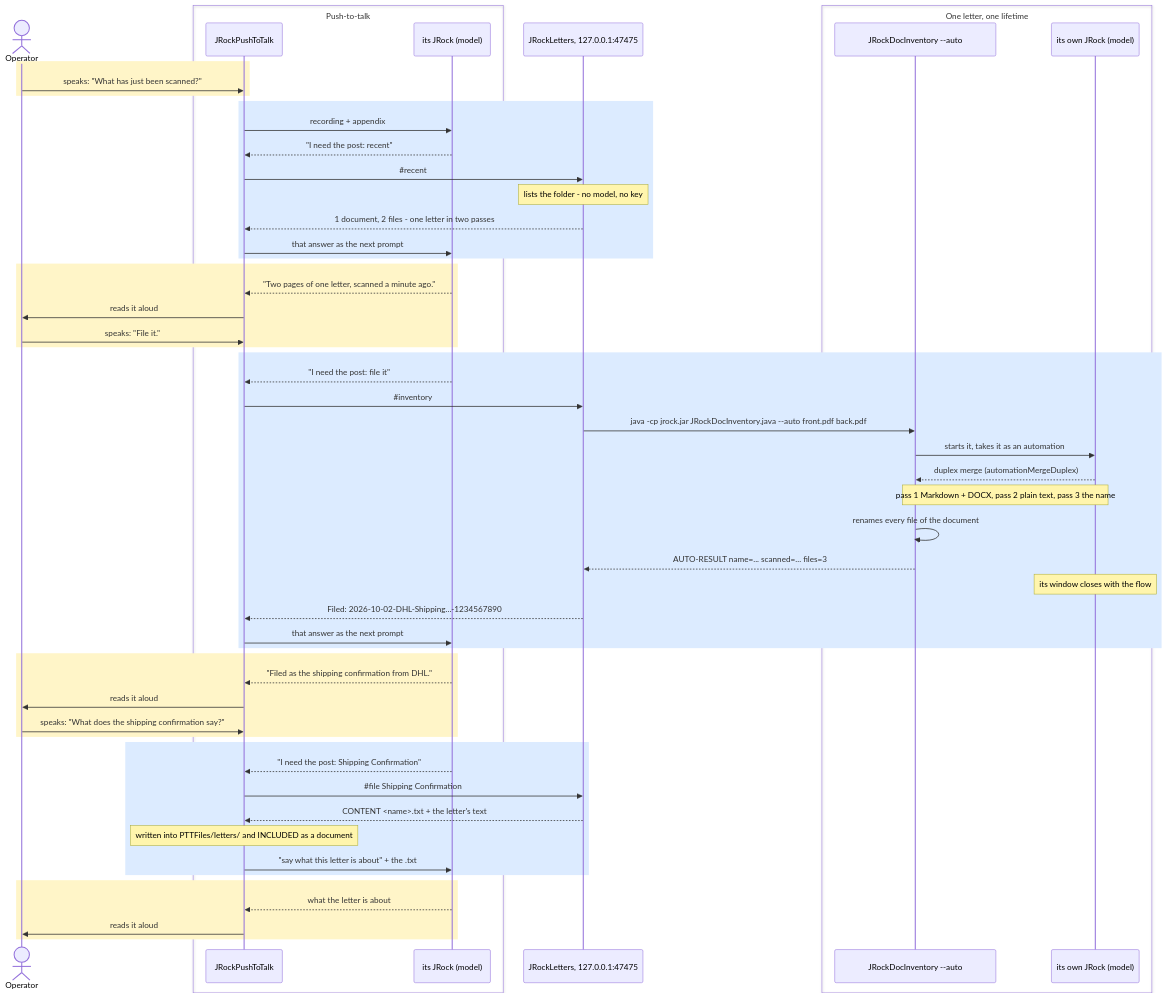
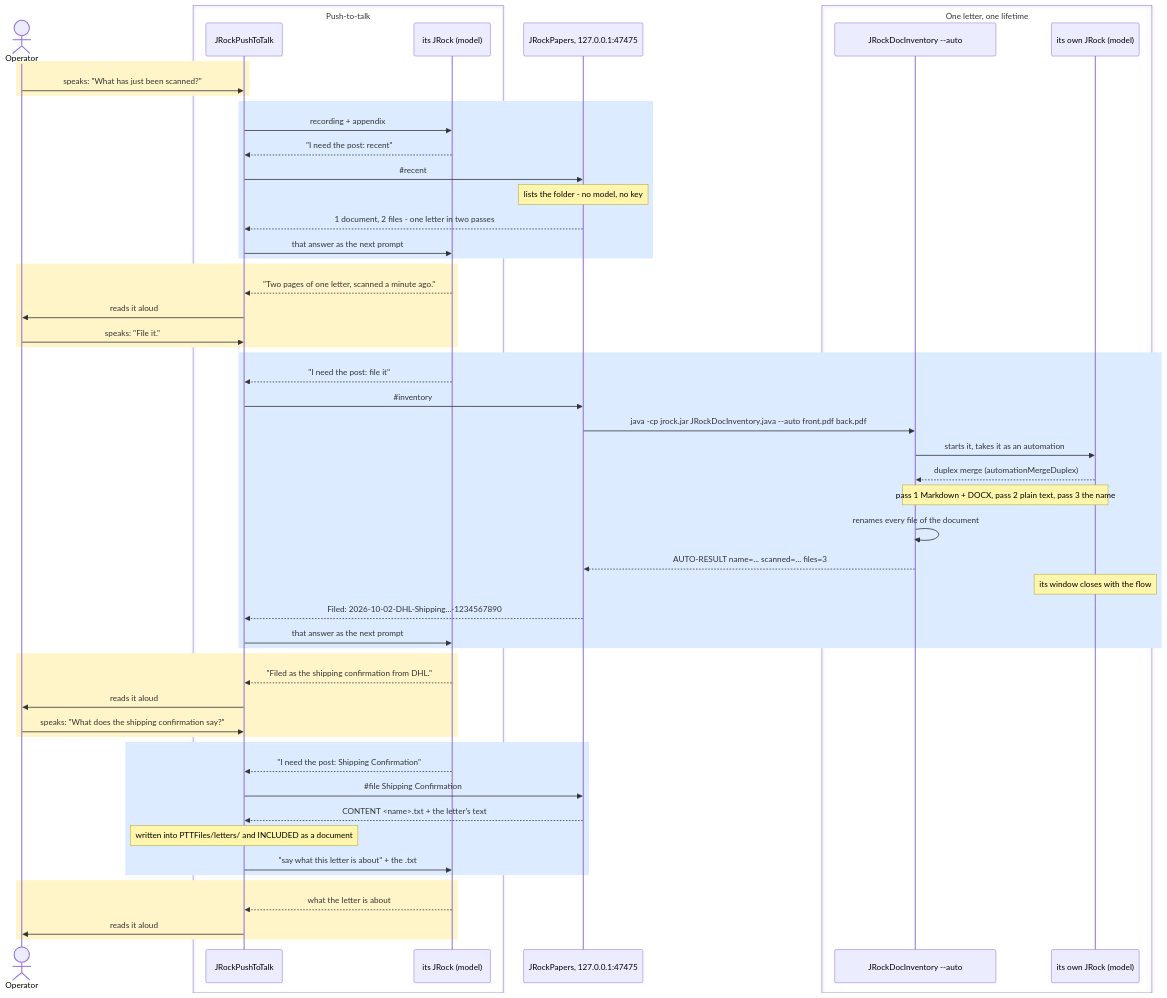
Before and after one commit to ivan-khvostishkov/jrock: the third of 7 diagrams in README.md, drawn with Mermaid. The commit also changed other lines of this file and 5 other files, not shown here.

````diff
--- a/README.md
+++ b/README.md
@@ -2594,59 +2594,59 @@
 ```mermaid
 sequenceDiagram
     actor Op as Operator
     box Push-to-talk
         participant PTT as JRockPushToTalk
         participant PM as its JRock (model)
     end
-    participant Let as JRockLetters, 127.0.0.1:47475
+    participant Let as JRockPapers, 127.0.0.1:47475
     box One letter, one lifetime
         participant Flow as JRockDocInventory #45;#45;auto
         participant FM as its own JRock (model)
     end
 
     rect rgb(255, 245, 200)
         Op->>PTT: speaks: "What has just been scanned?"
     end
     rect rgb(220, 235, 255)
         PTT->>PM: recording + appendix
         PM-->>PTT: "I need the post: recent"
         PTT->>Let: #35;recent
         Note over Let: lists the folder - no model, no key
         Let-->>PTT: 1 document, 2 files - one letter in two passes
         PTT->>PM: that answer as the next prompt
     end
     rect rgb(255, 245, 200)
         PM-->>PTT: "Two pages of one letter, scanned a minute ago."
         PTT->>Op: reads it aloud
         Op->>PTT: speaks: "File it."
     end
     rect rgb(220, 235, 255)
         PM-->>PTT: "I need the post: file it"
         PTT->>Let: #35;inventory
         Let->>Flow: java -cp jrock.jar JRockDocInventory.java #45;#45;auto front.pdf back.pdf
         Flow->>FM: starts it, takes it as an automation
         FM-->>Flow: duplex merge (automationMergeDuplex)
         Note over Flow,FM: pass 1 Markdown + DOCX, pass 2 plain text, pass 3 the name
         Flow->>Flow: renames every file of the document
         Flow-->>Let: AUTO-RESULT name=... scanned=... files=3
         Note over FM: its window closes with the flow
         Let-->>PTT: Filed: 2026-10-02-DHL-Shipping...-1234567890
         PTT->>PM: that answer as the next prompt
     end
     rect rgb(255, 245, 200)
         PM-->>PTT: "Filed as the shipping confirmation from DHL."
         PTT->>Op: reads it aloud
         Op->>PTT: speaks: "What does the shipping confirmation say?"
     end
     rect rgb(220, 235, 255)
         PM-->>PTT: "I need the post: Shipping Confirmation"
         PTT->>Let: #35;file Shipping Confirmation
         Let-->>PTT: CONTENT <name>.txt + the letter's text
         Note over PTT: written into PTTFiles/letters/ and INCLUDED as a document
         PTT->>PM: "say what this letter is about" + the .txt
     end
     rect rgb(255, 245, 200)
         PM-->>PTT: what the letter is about
         PTT->>Op: reads it aloud
     end
 ```
````
